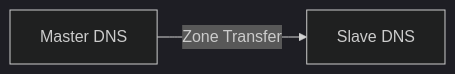
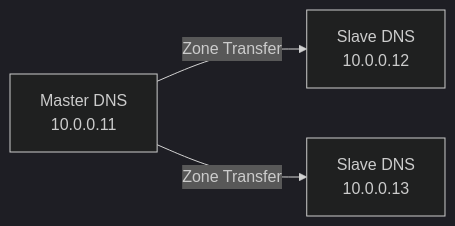
Before and after one commit to HamaPr/HamaPr.github.io: the second of 2 diagrams in _posts/linux/2025-10-22-DNS_study.md, drawn with Mermaid (dark theme). The commit also changed other lines of this file and 106 other files, not shown here.

````diff
--- a/_posts/linux/2025-10-22-DNS_study.md
+++ b/_posts/linux/2025-10-22-DNS_study.md
@@ -82,4 +100,5 @@
 ```mermaid
 flowchart LR
-    Master[Master DNS] -->|Zone Transfer| Slave[Slave DNS]
+    Master[Master DNS<br>10.0.0.11] -->|Zone Transfer| Slave1[Slave DNS<br>10.0.0.12]
+    Master -->|Zone Transfer| Slave2[Slave DNS<br>10.0.0.13]
 ```
````
